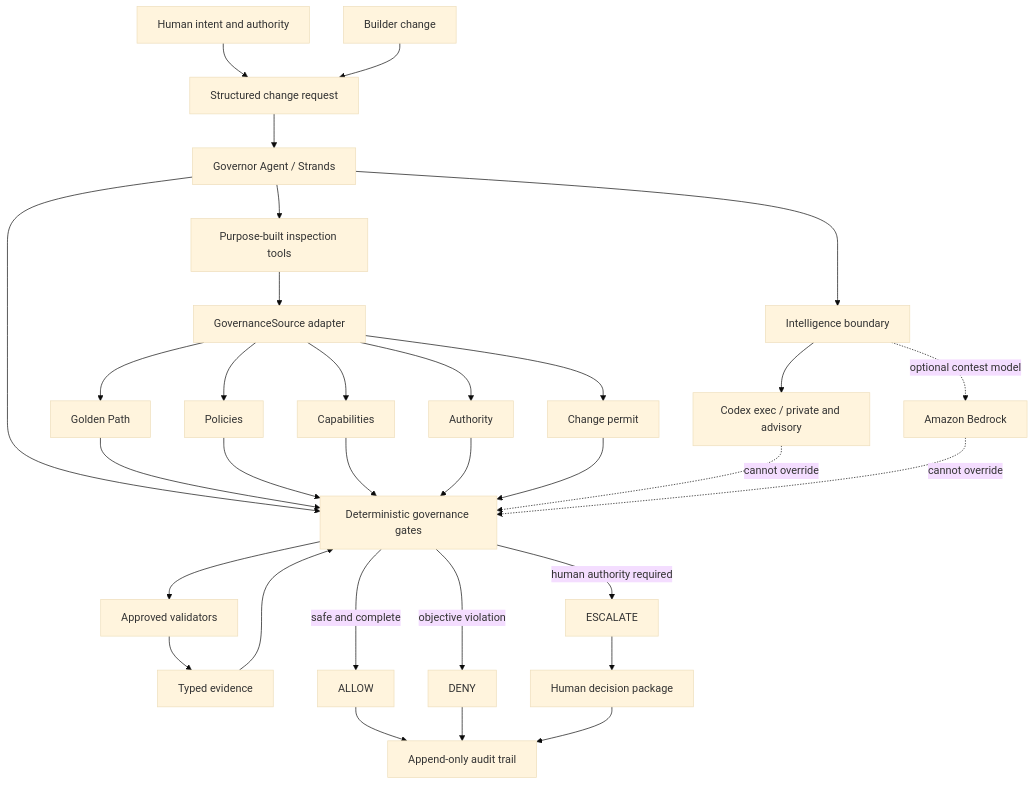
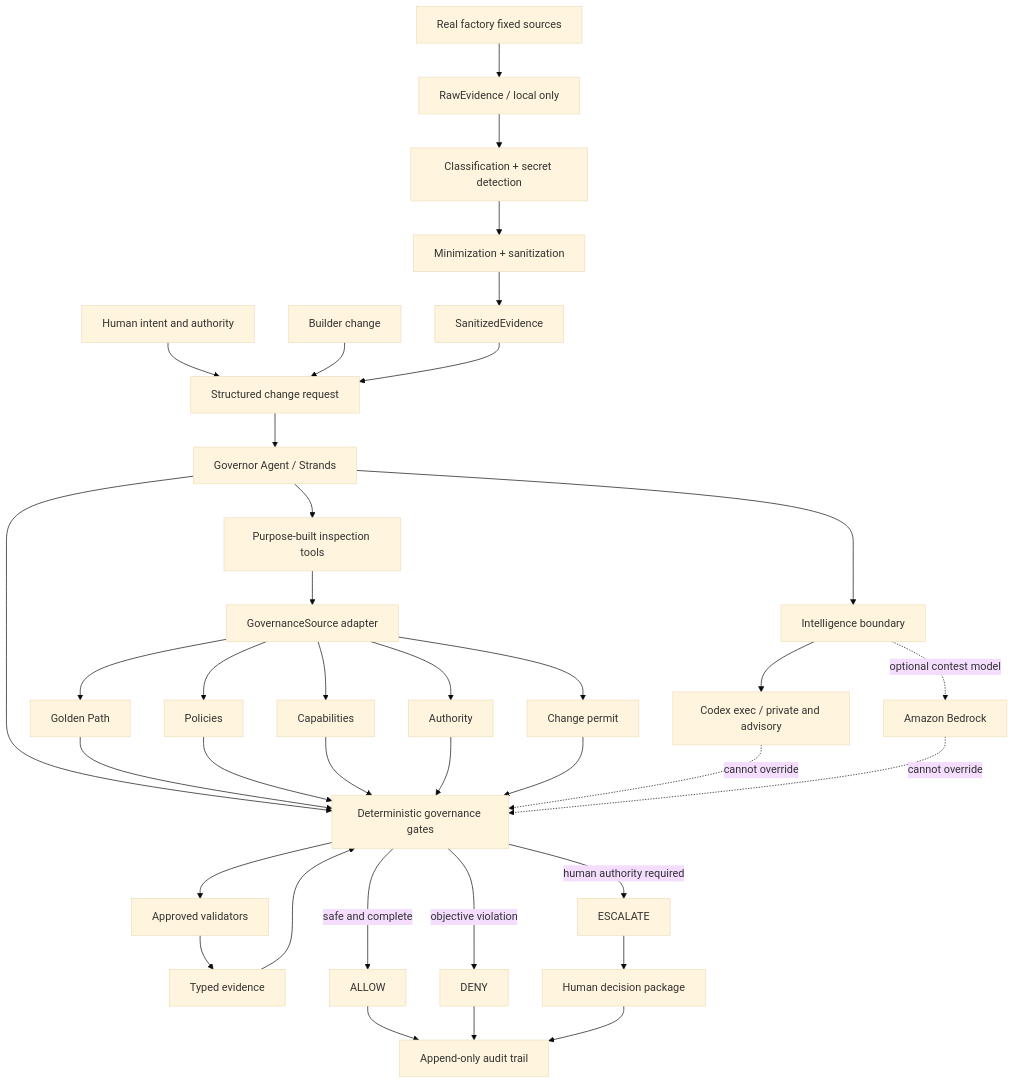
The diagram in docs/architecture/ARCHITECTURE.md (gonuzzz-collab/governor-agent), drawn with Mermaid (base theme) before and after one commit. The commit also changed other lines of this file and 12 other files, not shown here.

````diff
--- a/docs/architecture/ARCHITECTURE.md
+++ b/docs/architecture/ARCHITECTURE.md
@@ -6,34 +6,39 @@
 ```mermaid
 flowchart TD
     H[Human intent and authority] --> R[Structured change request]
     B[Builder change] --> R
+    RF[Real factory fixed sources] --> RE[RawEvidence / local only]
+    RE --> CL[Classification + secret detection]
+    CL --> SZ[Minimization + sanitization]
+    SZ --> SE[SanitizedEvidence]
+    SE --> R
     R --> A[Governor Agent / Strands]
     A --> T[Purpose-built inspection tools]
     A --> I[Intelligence boundary]
     I --> CI[Codex exec / private and advisory]
     I -. optional contest model .-> BM[Amazon Bedrock]
     T --> G[GovernanceSource adapter]
     G --> GP[Golden Path]
     G --> P[Policies]
     G --> C[Capabilities]
     G --> AU[Authority]
     G --> CP[Change permit]
     A --> D[Deterministic governance gates]
     GP --> D
     P --> D
     C --> D
     AU --> D
     CP --> D
     D --> V[Approved validators]
     V --> E[Typed evidence]
     E --> D
     D -->|safe and complete| AL[ALLOW]
     D -->|objective violation| DE[DENY]
     D -->|human authority required| ES[ESCALATE]
     AL --> AT[Append-only audit trail]
     DE --> AT
     ES --> HD[Human decision package]
     HD --> AT
     CI -. cannot override .-> D
     BM -. cannot override .-> D
 ```
````
